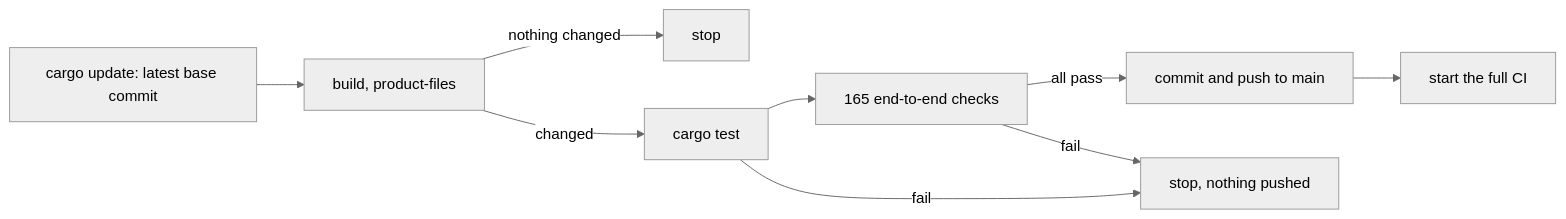
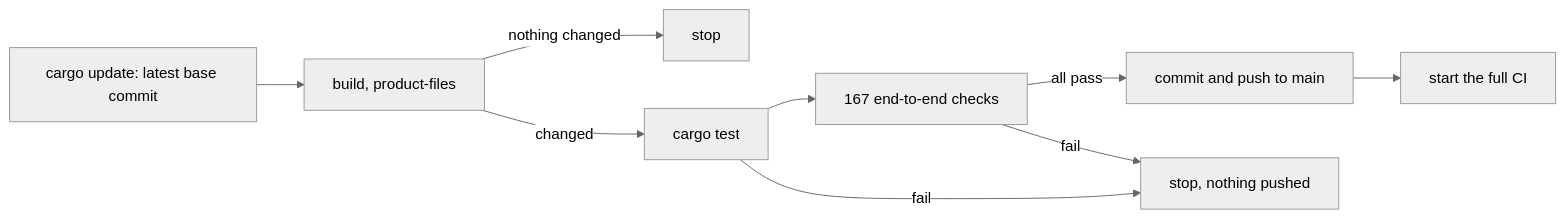
One commit to Phygital-Key/phygital-key-a2a changed the diagram in docs/testing.md. Above: the diagram before and after it, drawn with Mermaid (neutral theme). The commit also changed other lines of this file and 4 other files, not shown here.

````diff
--- a/docs/testing.md
+++ b/docs/testing.md
@@ -138,11 +140,11 @@
 ```mermaid
 flowchart LR
     A["cargo update: latest base commit"] --> B["build, product-files"]
     B -->|"nothing changed"| X["stop"]
     B -->|"changed"| C["cargo test"]
-    C --> D["165 end-to-end checks"]
+    C --> D["167 end-to-end checks"]
     D -->|"all pass"| E["commit and push to main"]
     E --> F["start the full CI"]
     C -->|"fail"| X2["stop, nothing pushed"]
     D -->|"fail"| X2
 ```
````
